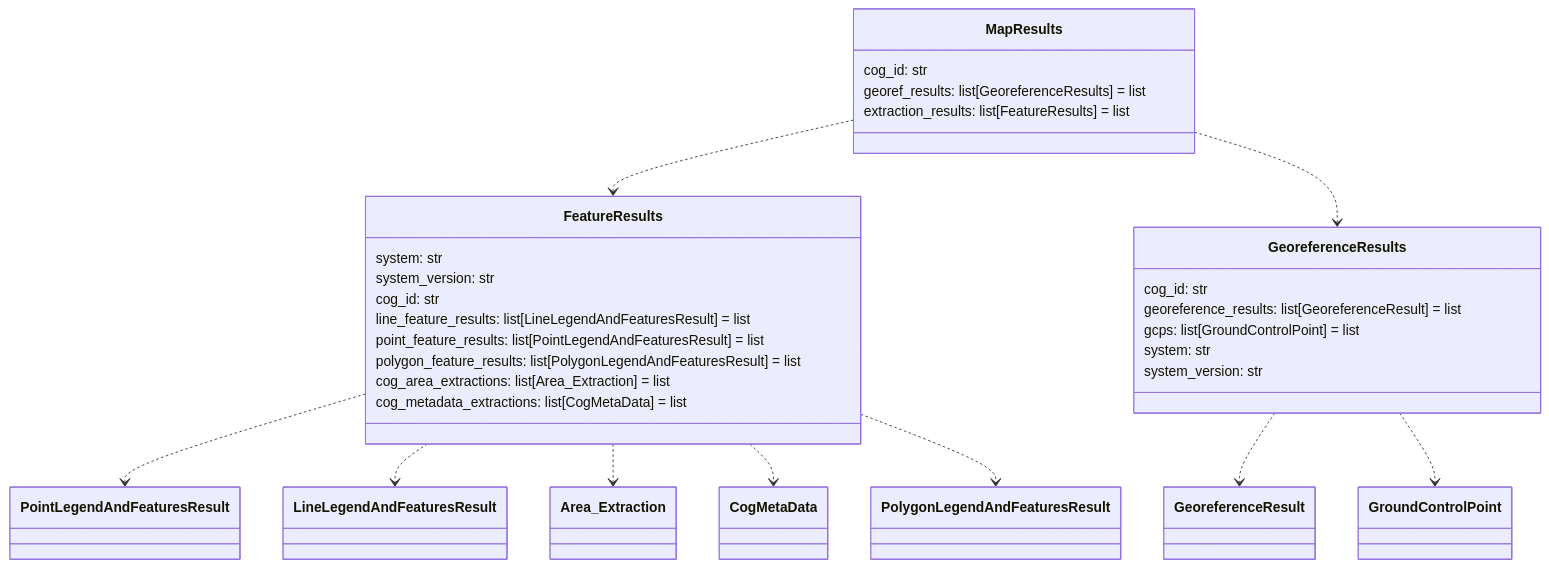
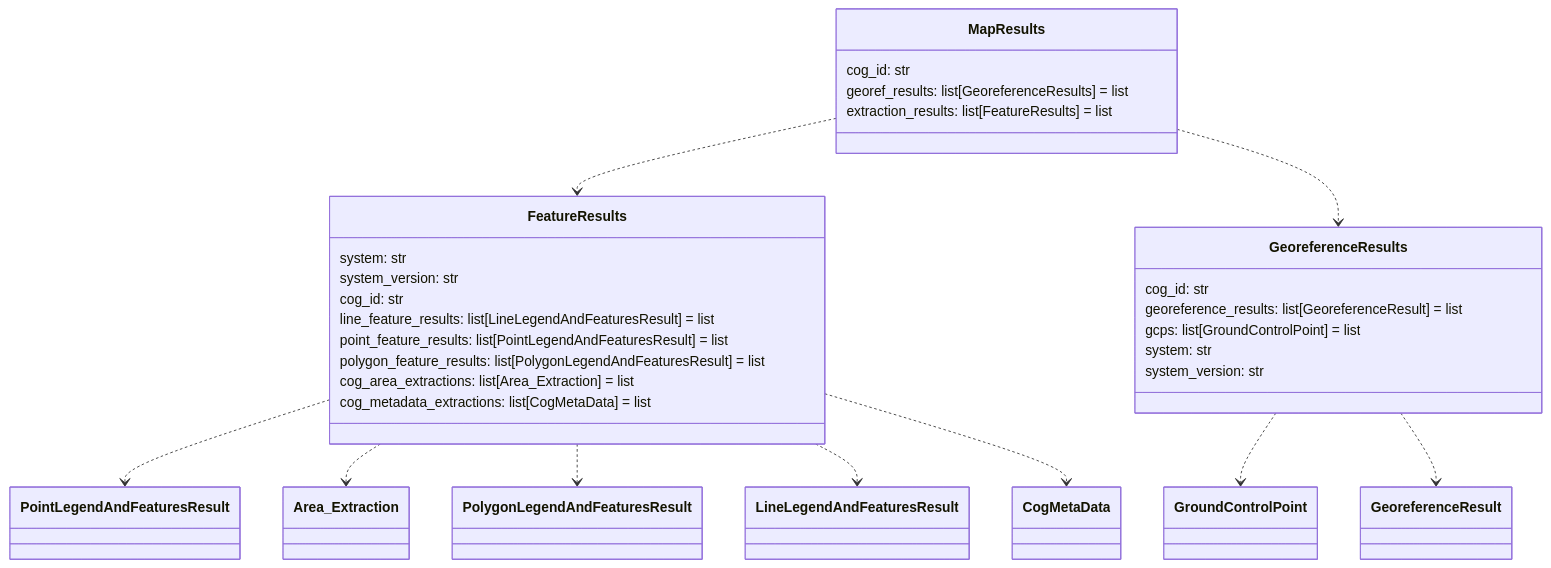
Before and after one commit to DARPA-CRITICALMAAS/cdr_schemas: diagram 11 of 14 in README.md, drawn with Mermaid. The commit also changed other lines of this file and 3 other files, not shown here.

First line of the commit message:
Beak-TA3 BNN and SOM Schema Additions

````diff
--- a/README.md
+++ b/README.md
@@ -937,40 +937,40 @@
 ```mermaid
 classDiagram
+
+    class MapResults {
+        cog_id: str
+        georef_results: list[GeoreferenceResults] = list
+        extraction_results: list[FeatureResults] = list
+    }
 
     class FeatureResults {
         system: str
         system_version: str
         cog_id: str
         line_feature_results: list[LineLegendAndFeaturesResult] = list
         point_feature_results: list[PointLegendAndFeaturesResult] = list
         polygon_feature_results: list[PolygonLegendAndFeaturesResult] = list
         cog_area_extractions: list[Area_Extraction] = list
         cog_metadata_extractions: list[CogMetaData] = list
     }
 
     class GeoreferenceResults {
         cog_id: str
         georeference_results: list[GeoreferenceResult] = list
         gcps: list[GroundControlPoint] = list
         system: str
         system_version: str
     }
 
-    class MapResults {
-        cog_id: str
-        georef_results: list[GeoreferenceResults] = list
-        extraction_results: list[FeatureResults] = list
-    }
-
     FeatureResults ..> PointLegendAndFeaturesResult
+    FeatureResults ..> Area_Extraction
+    FeatureResults ..> PolygonLegendAndFeaturesResult
     FeatureResults ..> LineLegendAndFeaturesResult
-    FeatureResults ..> Area_Extraction
     FeatureResults ..> CogMetaData
-    FeatureResults ..> PolygonLegendAndFeaturesResult
+    GeoreferenceResults ..> GroundControlPoint
     GeoreferenceResults ..> GeoreferenceResult
-    GeoreferenceResults ..> GroundControlPoint
     MapResults ..> FeatureResults
     MapResults ..> GeoreferenceResults
 
 
 ```
````
